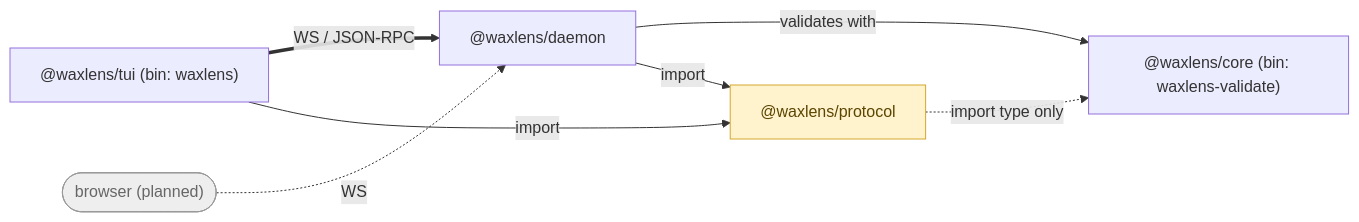
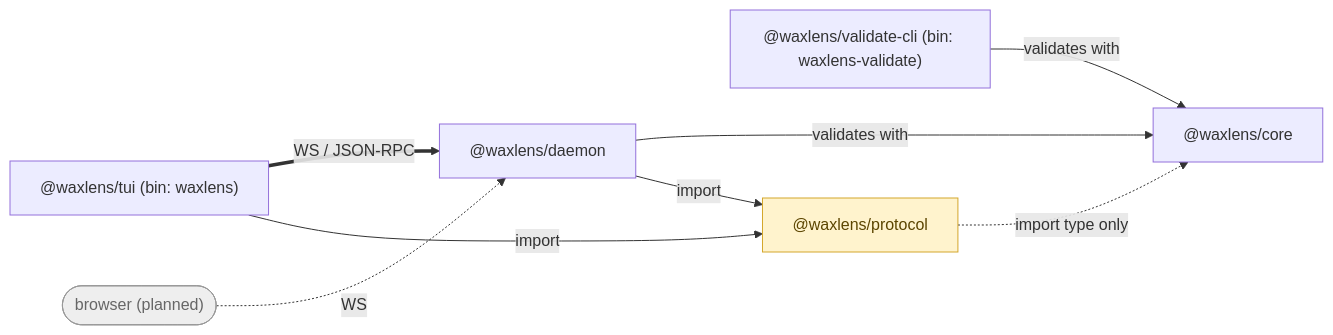
The diagram in docs-site/src/content/docs/index.mdx (uraitakahito/waxlens), drawn with Mermaid before and after one commit. The commit also changed 25 other files, not shown here.

First line of the commit message:
feat!: waxlens-validate を @waxlens/validate-cli に切り出す (#132)

````diff
--- a/docs-site/src/content/docs/index.mdx
+++ b/docs-site/src/content/docs/index.mdx
@@ -36,14 +36,15 @@
 ```mermaid
 flowchart LR
     tui["@waxlens/tui (bin: waxlens)"] ==>|"WS / JSON-RPC"| daemon["@waxlens/daemon"]
     browser(["browser (planned)"]) -.->|"WS"| daemon
-    daemon -->|validates with| core["@waxlens/core (bin: waxlens-validate)"]
+    cli["@waxlens/validate-cli (bin: waxlens-validate)"] -->|validates with| core["@waxlens/core"]
+    daemon -->|validates with| core
     tui -->|import| protocol["@waxlens/protocol"]
     daemon -->|import| protocol
     protocol -.->|"import type only"| core
 
     classDef contract fill:#fff3cd,stroke:#d4a72c,color:#5c4500;
     classDef future fill:#eeeeee,stroke:#999999,color:#666666;
     class protocol contract;
     class browser future;
 ```
````
